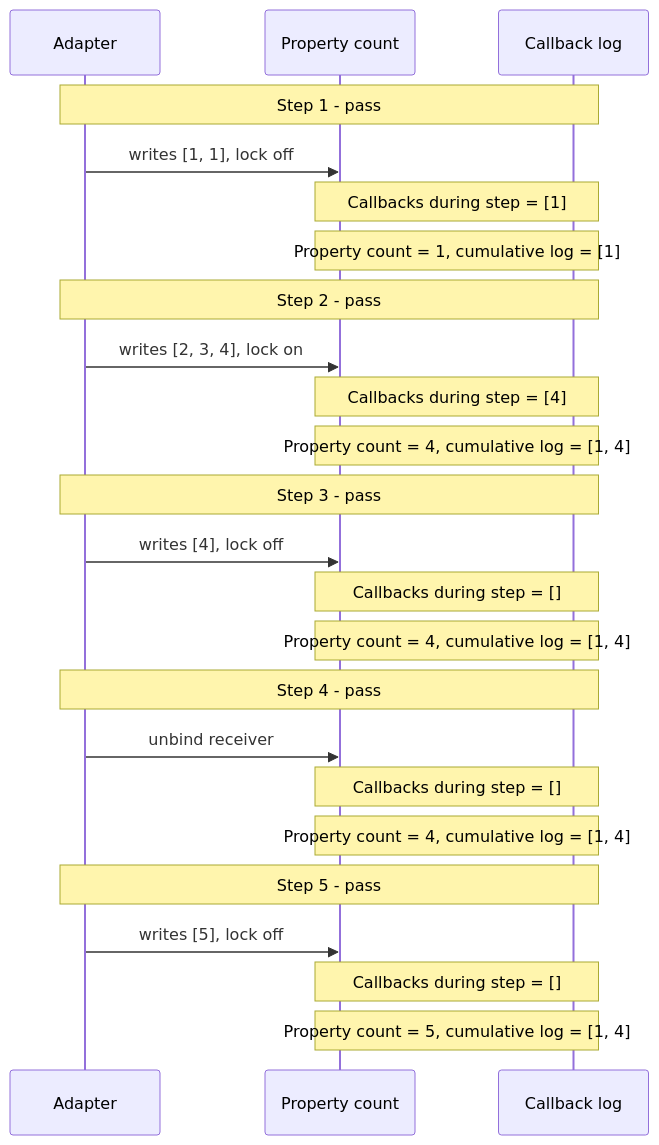
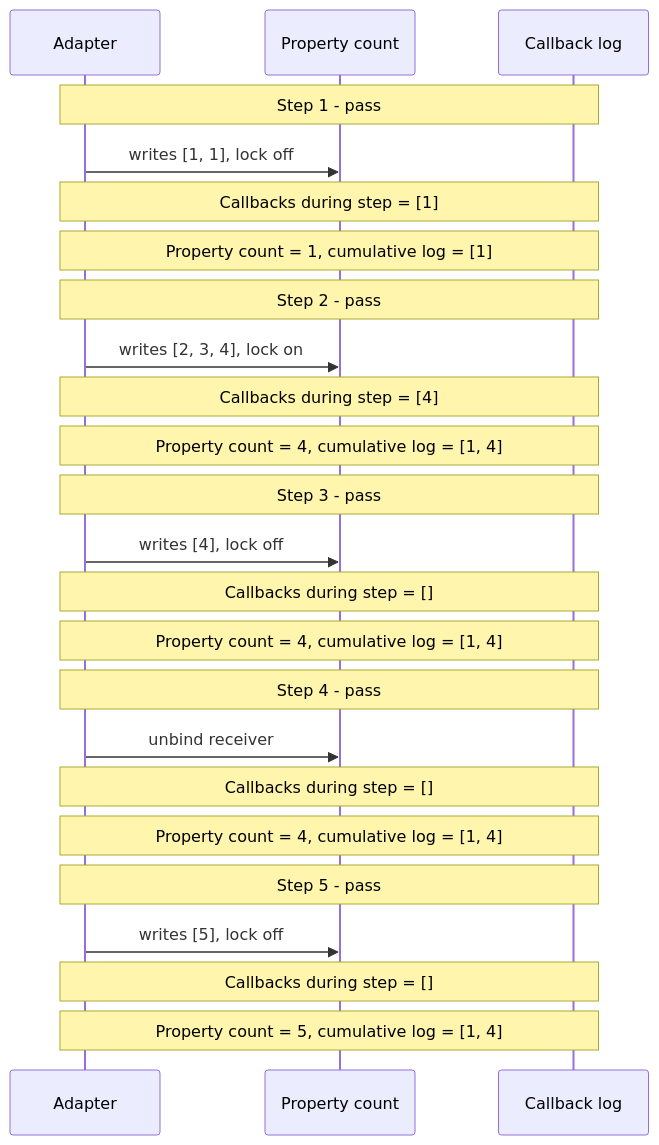
Before and after one commit to PerchAnton/interaction-check: the second of 2 diagrams in examples/dispatch/trace.md, drawn with Mermaid. The commit also changed other lines of this file and 3 other files, not shown here.

Commit message:
Keep callback and property labels inside sequence diagram notes

````diff
--- a/examples/dispatch/trace.md
+++ b/examples/dispatch/trace.md
@@ -55,26 +55,26 @@
 ```mermaid
 sequenceDiagram
     participant A as Adapter
     participant M as Property count
     participant L as Callback log
     Note over A,L: Step 1 - pass
     A->>M: writes [1, 1], lock off
-    Note over M,L: Callbacks during step = [1]
-    Note over M,L: Property count = 1, cumulative log = [1]
+    Note over A,L: Callbacks during step = [1]
+    Note over A,L: Property count = 1, cumulative log = [1]
     Note over A,L: Step 2 - pass
     A->>M: writes [2, 3, 4], lock on
-    Note over M,L: Callbacks during step = [4]
-    Note over M,L: Property count = 4, cumulative log = [1, 4]
+    Note over A,L: Callbacks during step = [4]
+    Note over A,L: Property count = 4, cumulative log = [1, 4]
     Note over A,L: Step 3 - pass
     A->>M: writes [4], lock off
-    Note over M,L: Callbacks during step = []
-    Note over M,L: Property count = 4, cumulative log = [1, 4]
+    Note over A,L: Callbacks during step = []
+    Note over A,L: Property count = 4, cumulative log = [1, 4]
     Note over A,L: Step 4 - pass
     A->>M: unbind receiver
-    Note over M,L: Callbacks during step = []
-    Note over M,L: Property count = 4, cumulative log = [1, 4]
+    Note over A,L: Callbacks during step = []
+    Note over A,L: Property count = 4, cumulative log = [1, 4]
     Note over A,L: Step 5 - pass
     A->>M: writes [5], lock off
-    Note over M,L: Callbacks during step = []
-    Note over M,L: Property count = 5, cumulative log = [1, 4]
+    Note over A,L: Callbacks during step = []
+    Note over A,L: Property count = 5, cumulative log = [1, 4]
 ```
````
